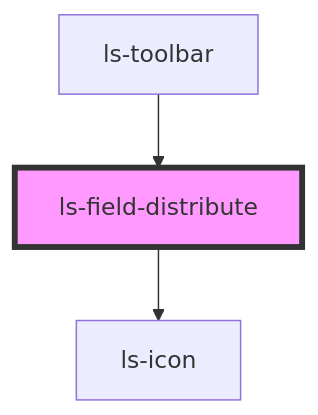
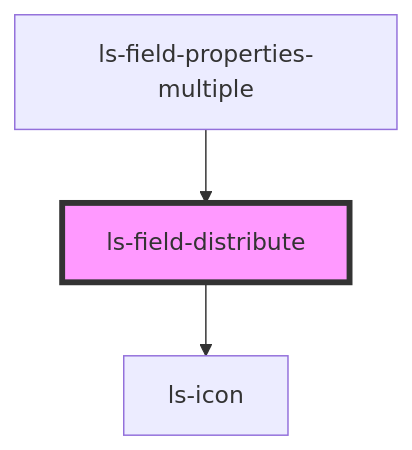
The diagram in src/components/ls-field-distribute/readme.md (legalesign/ls-document-viewer), drawn with Mermaid before and after one commit. The commit also changed other lines of this file and 21 other files, not shown here.

````diff
--- a/src/components/ls-field-distribute/readme.md
+++ b/src/components/ls-field-distribute/readme.md
@@ -34,6 +34,6 @@
 ```mermaid
 graph TD;
   ls-field-distribute --> ls-icon
-  ls-toolbar --> ls-field-distribute
+  ls-field-properties-multiple --> ls-field-distribute
   style ls-field-distribute fill:#f9f,stroke:#333,stroke-width:4px
 ```
````
